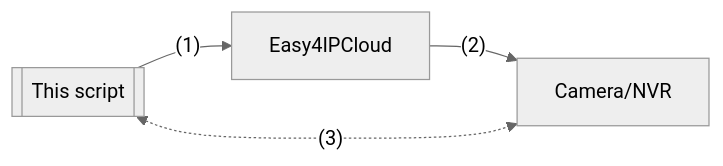
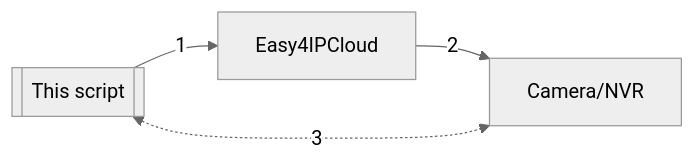
The first of 2 diagrams in README.md (khoanguyen-3fc/dh-p2p), drawn with Mermaid (neutral theme) before and after one commit.

Commit message:
:bug: README: resolve Mermaid render on GitHub

````diff
--- a/README.md
+++ b/README.md
@@ -63,9 +63,9 @@
 ```mermaid
 graph LR
   App[[This script]]
   Service[Easy4IPCloud]
   Device[Camera/NVR]
-  App -- (1) --> Service
-  Service -- (2) --> Device
-  App <-. (3) .-> Device
+  App -- 1 --> Service
+  Service -- 2 --> Device
+  App <-. 3 .-> Device
 ```
````
